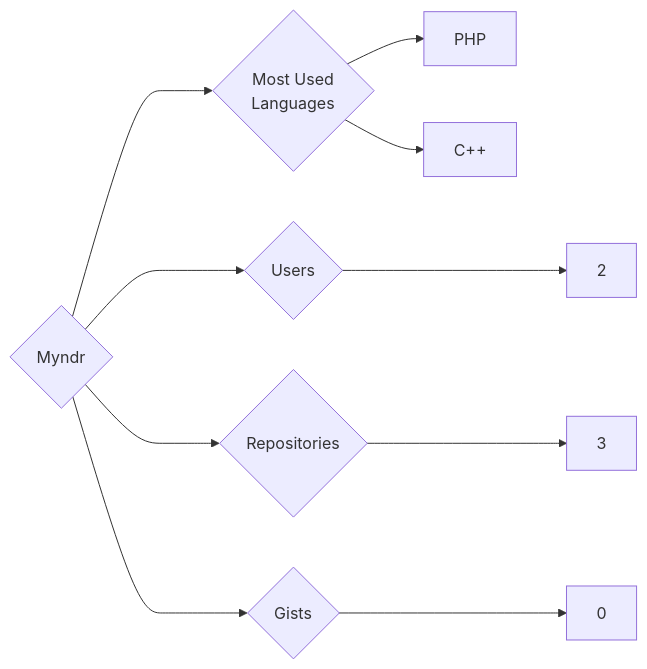
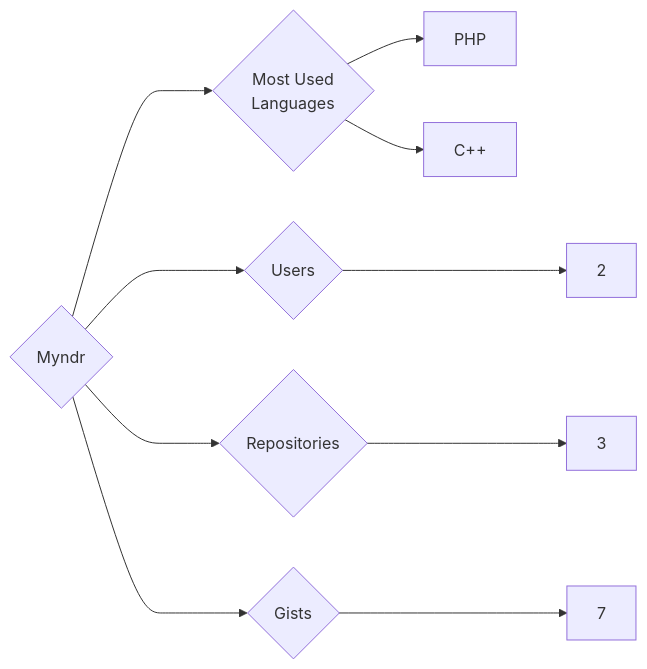
Before and after one commit to trickest/insiders: the diagram in targets/Myndr/README.md, drawn with Mermaid. The commit also changed 997 other files, not shown here.

````diff
--- a/targets/Myndr/README.md
+++ b/targets/Myndr/README.md
@@ -3,10 +3,10 @@
 ```mermaid
 graph LR
 COMPANY_NAME{Myndr}
 COMPANY_NAME ---> U{Users} ---> UN[2]
 COMPANY_NAME ---> R{Repositories} ---> RN[3]
-COMPANY_NAME ---> G{Gists} ---> GN[0]
+COMPANY_NAME ---> G{Gists} ---> GN[7]
 COMPANY_NAME ---> ML{Most Used<br>Languages}
-ML --> PHP
-ML --> C++
+ML --> PHP[PHP]
+ML --> C++[C++]
 ```
````
